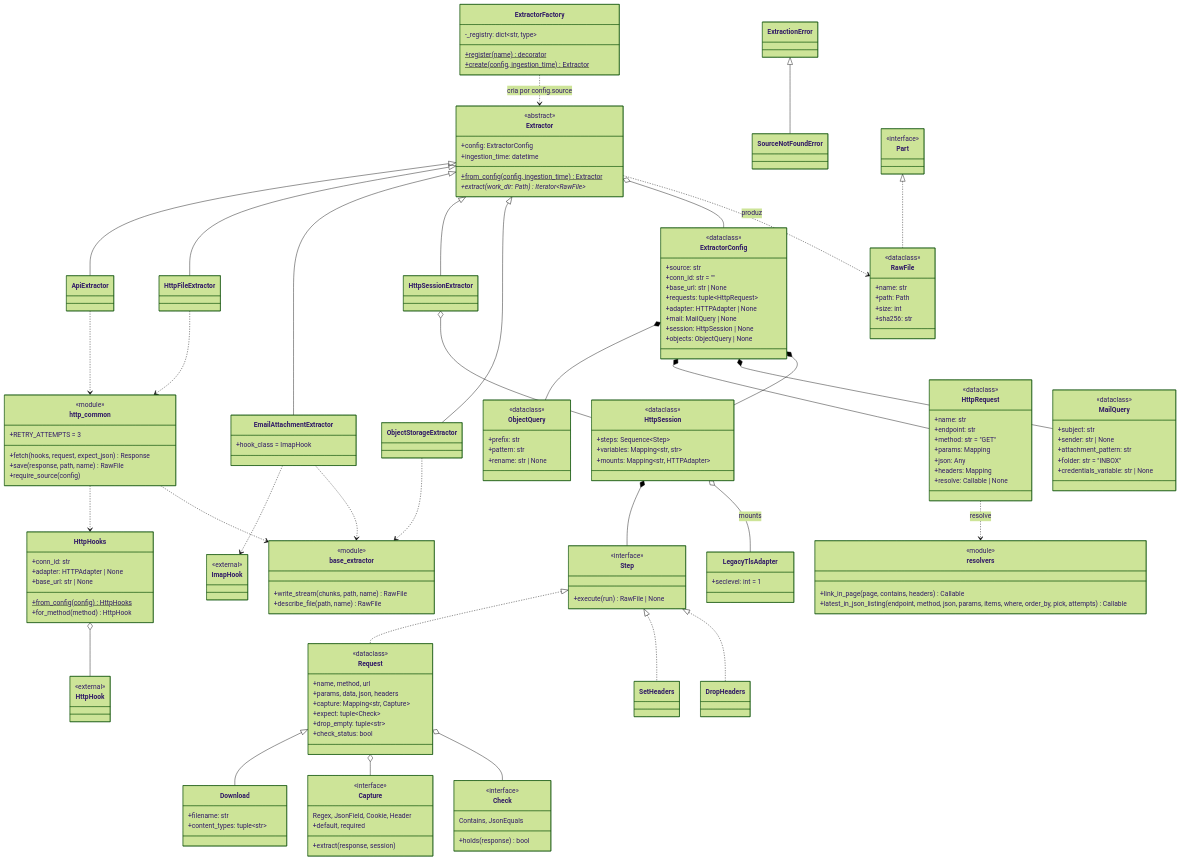
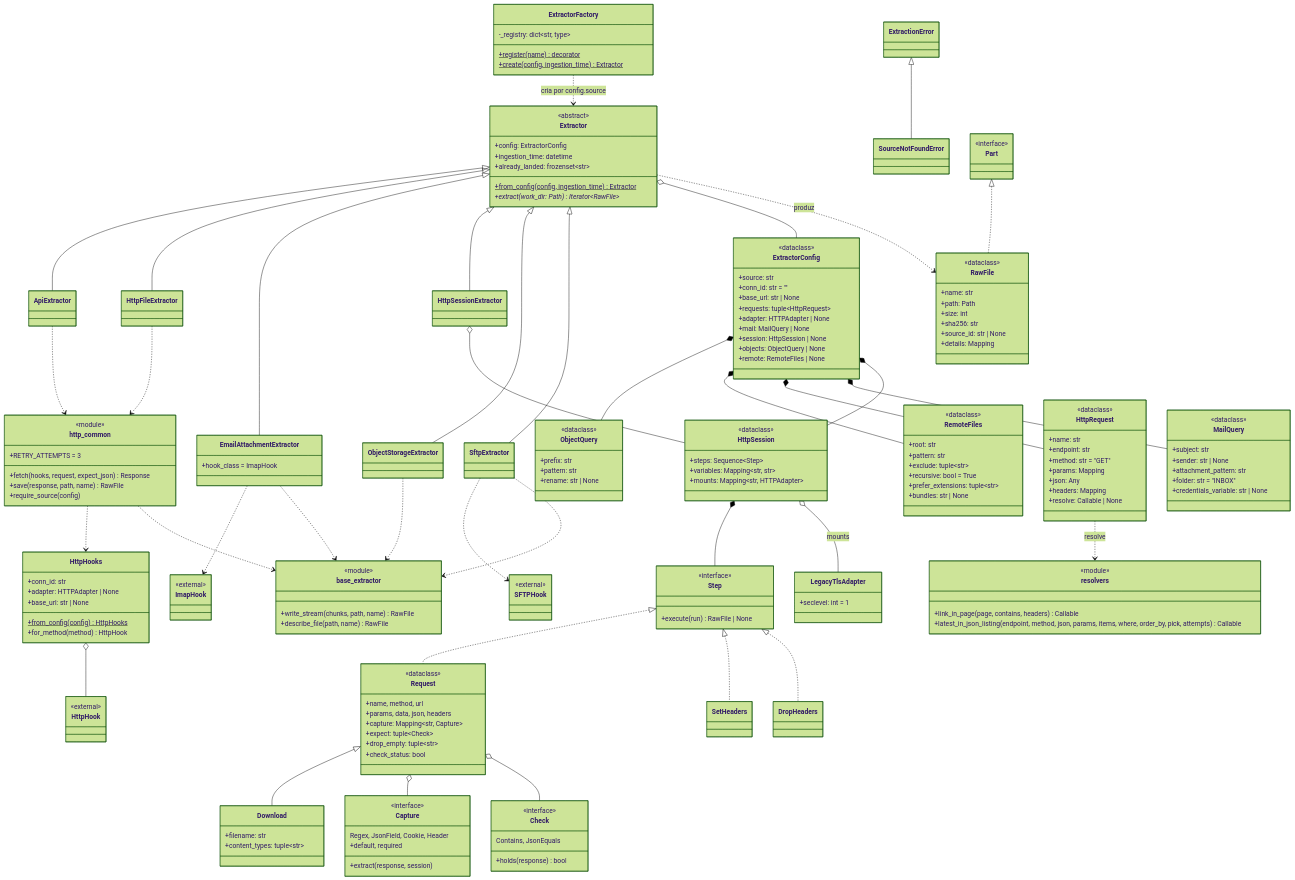
Before and after one commit to GovHub-br/data-application-cidades: the fourth of 9 diagrams in docs/ingestao/diagrama-classes.md, drawn with Mermaid (forest theme). The commit also changed other lines of this file and 5 other files, not shown here.

First line of the commit message:
docs(ingestao): Fase 6b no diagrama, diagnóstico, comparação e aprendizados

```diff
--- a/docs/ingestao/diagrama-classes.md
+++ b/docs/ingestao/diagrama-classes.md
@@ -167,6 +168,7 @@
         +config: ExtractorConfig
         +ingestion_time: datetime
         +from_config(config, ingestion_time)$ Extractor
+        +already_landed: frozenset~str~
         +extract(work_dir: Path) Iterator~RawFile~*
     }
     class ApiExtractor
@@ -176,6 +178,7 @@
     }
     class HttpSessionExtractor
     class ObjectStorageExtractor
+    class SftpExtractor
     class ExtractorFactory {
         -_registry: dict~str, type~
         +register(name)$ decorator
@@ -191,6 +194,16 @@
         +mail: MailQuery | None
         +session: HttpSession | None
         +objects: ObjectQuery | None
+        +remote: RemoteFiles | None
+    }
+    class RemoteFiles {
+        <<dataclass>>
+        +root: str
+        +pattern: str
+        +exclude: tuple~str~
+        +recursive: bool = True
+        +prefer_extensions: tuple~str~
+        +bundles: str | None
     }
     class ObjectQuery {
         <<dataclass>>
@@ -266,6 +279,8 @@
         +path: Path
         +size: int
         +sha256: str
+        +source_id: str | None
+        +details: Mapping
     }
     class base_extractor {
         <<module>>
@@ -294,6 +309,9 @@
     class ImapHook {
         <<external>>
     }
+    class SFTPHook {
+        <<external>>
+    }
     class Part {
         <<interface>>
     }
@@ -312,7 +330,11 @@
     Request o-- Check
     HttpSession o-- LegacyTlsAdapter : mounts
     Extractor <|-- ObjectStorageExtractor
+    Extractor <|-- SftpExtractor
     ExtractorConfig *-- ObjectQuery
+    ExtractorConfig *-- RemoteFiles
+    SftpExtractor ..> SFTPHook
+    SftpExtractor ..> base_extractor
     ObjectStorageExtractor ..> base_extractor
     Extractor o-- ExtractorConfig
     ExtractorConfig *-- HttpRequest
```
